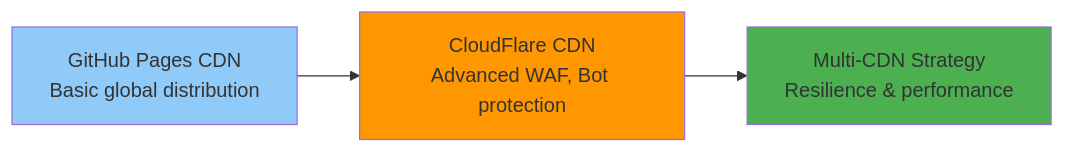
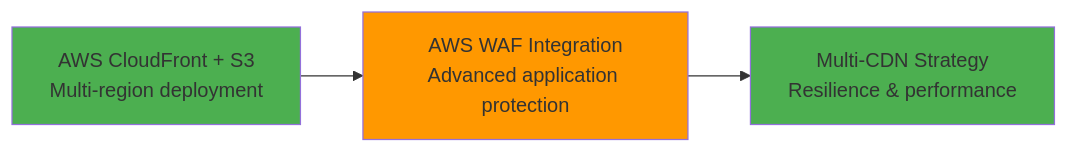
Before and after one commit to Hack23/riksdagsmonitor: the seventh of 9 diagrams in FUTURE_SECURITY_ARCHITECTURE.md, drawn with Mermaid. The commit also changed other lines of this file, not shown here.

Commit message:
Update FUTURE_SECURITY_ARCHITECTURE.md with current state and roadmap (v1.1)

````diff
--- a/FUTURE_SECURITY_ARCHITECTURE.md
+++ b/FUTURE_SECURITY_ARCHITECTURE.md
@@ -456,9 +473,9 @@
 ```mermaid
 graph LR
-    Current[GitHub Pages CDN<br/>Basic global distribution] --> Enhanced[CloudFlare CDN<br/>Advanced WAF, Bot protection]
+    Current[AWS CloudFront + S3<br/>Multi-region deployment] --> Enhanced[AWS WAF Integration<br/>Advanced application protection]
     Enhanced --> Premium[Multi-CDN Strategy<br/>Resilience & performance]
     
-    style Current fill:#90caf9
+    style Current fill:#4caf50
     style Enhanced fill:#ff9800
     style Premium fill:#4caf50
 ```
````
